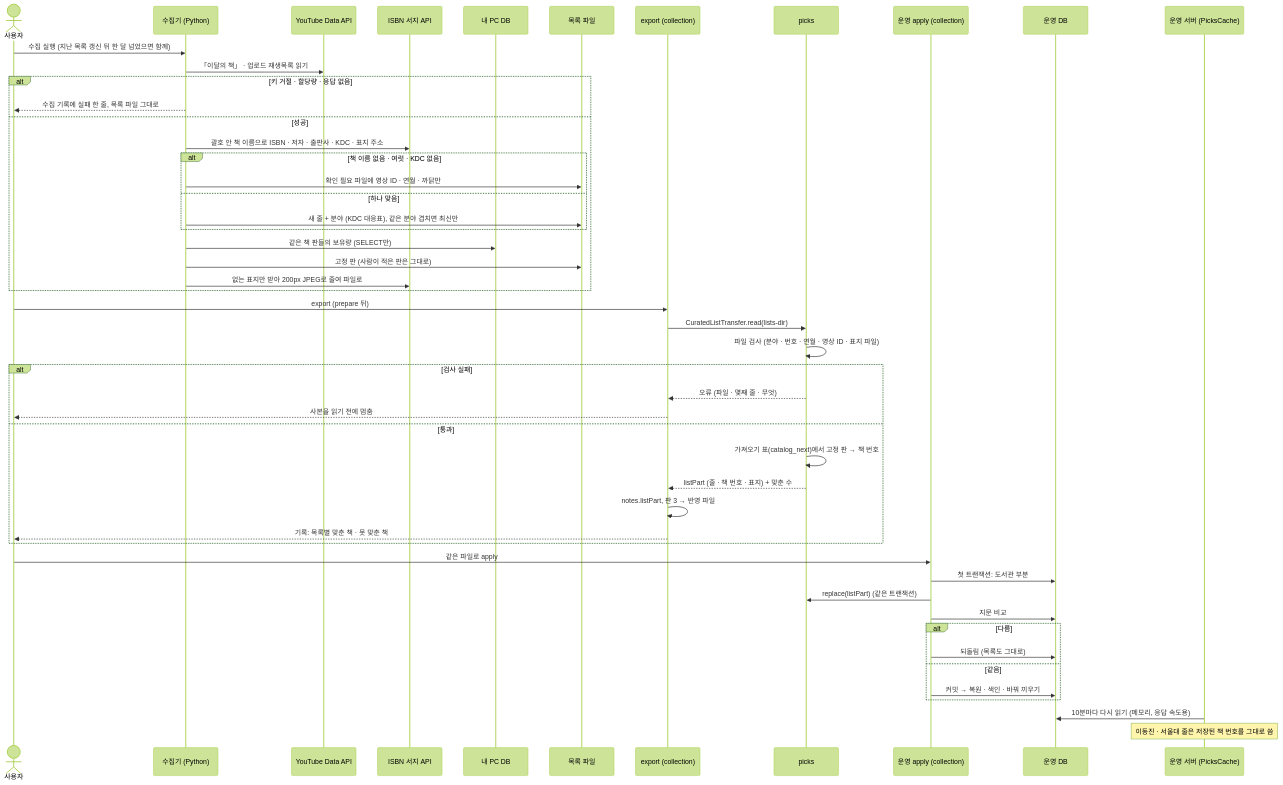
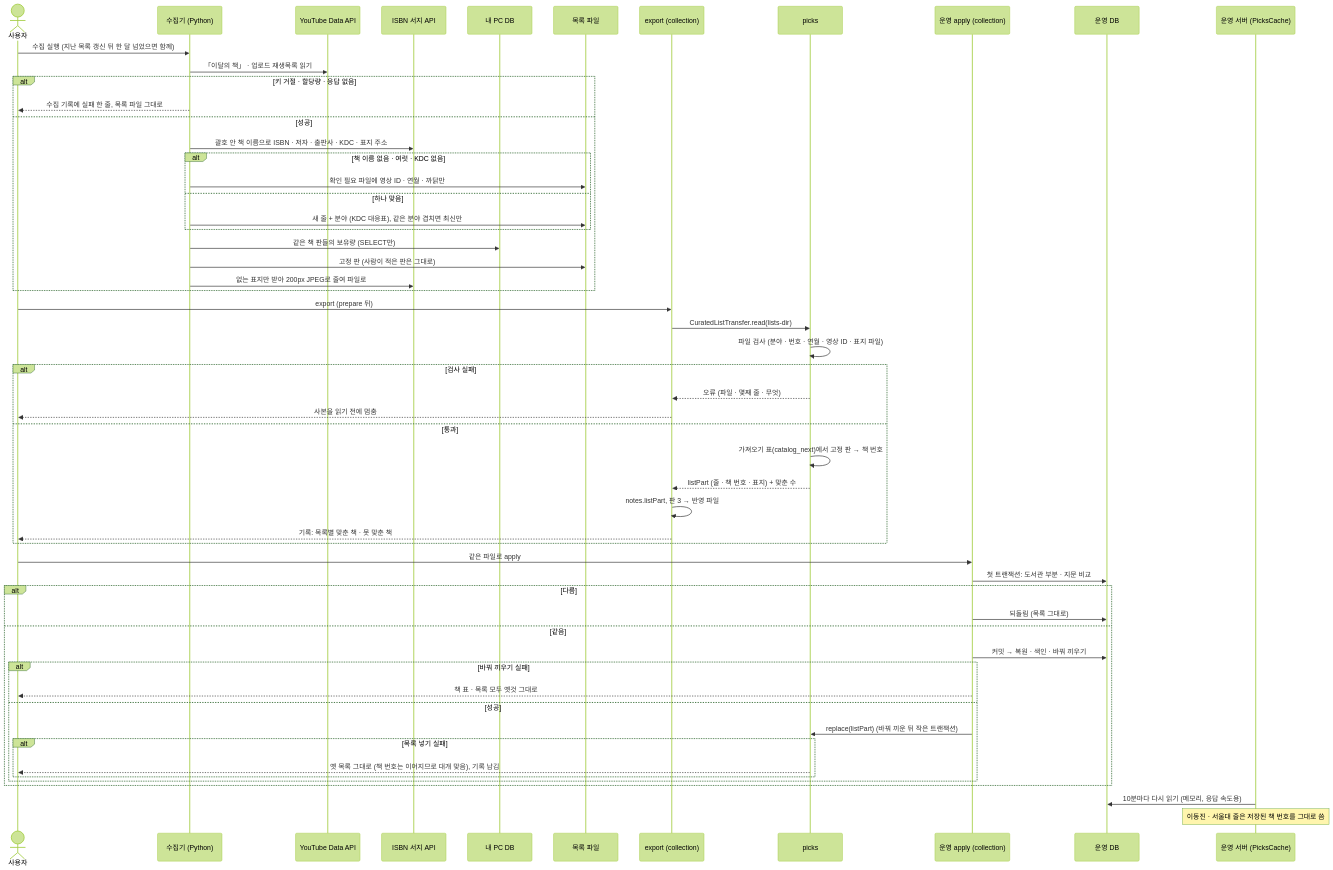
Before and after one commit to hodu-sketch/chaekcheck-plan: the second of 7 diagrams in docs/cycles/21-recommended-books/design-delta.md, drawn with Mermaid (forest theme). The commit also changed other lines of this file and 2 other files, not shown here.

Commit message:
cycle 21: lists inserted in a small transaction after the catalog swap (user, review 3 #3 B); answer on file format number

````diff
--- a/docs/cycles/21-recommended-books/design-delta.md
+++ b/docs/cycles/21-recommended-books/design-delta.md
@@ -57,52 +57,58 @@
 ```mermaid
 sequenceDiagram
   actor U as 사용자
   participant C as 수집기 (Python)
   participant YT as YouTube Data API
   participant NI as ISBN 서지 API
   participant PDB as 내 PC DB
   participant F as 목록 파일
   participant X as export (collection)
   participant PK as picks
   participant O as 운영 apply (collection)
   participant ODB as 운영 DB
   participant S as 운영 서버 (PicksCache)
   U->>C: 수집 실행 (지난 목록 갱신 뒤 한 달 넘었으면 함께)
   C->>YT: 「이달의 책」 · 업로드 재생목록 읽기
   alt 키 거절 · 할당량 · 응답 없음
     C-->>U: 수집 기록에 실패 한 줄, 목록 파일 그대로
   else 성공
     C->>NI: 괄호 안 책 이름으로 ISBN · 저자 · 출판사 · KDC · 표지 주소
     alt 책 이름 없음 · 여럿 · KDC 없음
       C->>F: 확인 필요 파일에 영상 ID · 연월 · 까닭만
     else 하나 맞음
       C->>F: 새 줄 + 분야 (KDC 대응표), 같은 분야 겹치면 최신만
     end
     C->>PDB: 같은 책 판들의 보유량 (SELECT만)
     C->>F: 고정 판 (사람이 적은 판은 그대로)
     C->>NI: 없는 표지만 받아 200px JPEG로 줄여 파일로
   end
   U->>X: export (prepare 뒤)
   X->>PK: CuratedListTransfer.read(lists-dir)
   PK->>PK: 파일 검사 (분야 · 번호 · 연월 · 영상 ID · 표지 파일)
   alt 검사 실패
     PK-->>X: 오류 (파일 · 몇째 줄 · 무엇)
     X-->>U: 사본을 읽기 전에 멈춤
   else 통과
     PK->>PK: 가져오기 표(catalog_next)에서 고정 판 → 책 번호
     PK-->>X: listPart (줄 · 책 번호 · 표지) + 맞춘 수
     X->>X: notes.listPart, 판 3 → 반영 파일
     X-->>U: 기록: 목록별 맞춘 책 · 못 맞춘 책
   end
   U->>O: 같은 파일로 apply
-  O->>ODB: 첫 트랜잭션: 도서관 부분
-  O->>PK: replace(listPart) (같은 트랜잭션)
-  O->>ODB: 지문 비교
+  O->>ODB: 첫 트랜잭션: 도서관 부분 · 지문 비교
   alt 다름
-    O->>ODB: 되돌림 (목록도 그대로)
+    O->>ODB: 되돌림 (목록 그대로)
   else 같음
     O->>ODB: 커밋 → 복원 · 색인 · 바꿔 끼우기
+    alt 바꿔 끼우기 실패
+      O-->>U: 책 표 · 목록 모두 옛것 그대로
+    else 성공
+      O->>PK: replace(listPart) (바꿔 끼운 뒤 작은 트랜잭션)
+      alt 목록 넣기 실패
+        PK-->>U: 옛 목록 그대로 (책 번호는 이어지므로 대개 맞음), 기록 남김
+      end
+    end
   end
   S->>ODB: 10분마다 다시 읽기 (메모리, 응답 속도용)
   Note over S: 이동진 · 서울대 줄은 저장된 책 번호를 그대로 씀
 ```
````
